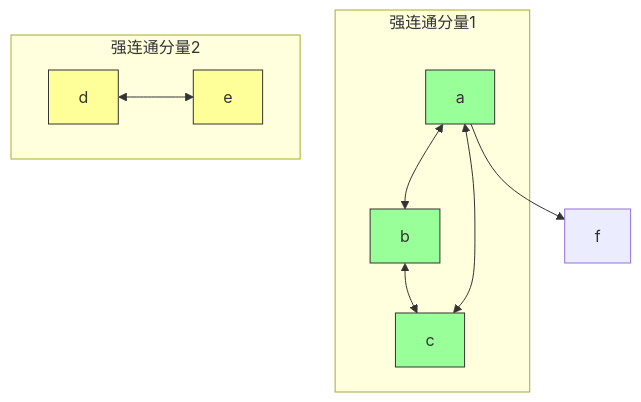
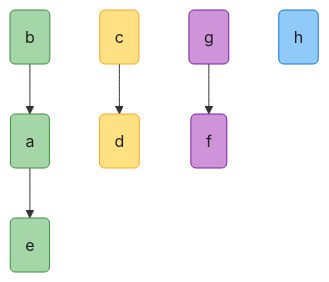
One commit to socoo123/book_reading changed the ninth of 10 diagrams in IntroductionToAlgorithms/Chapter20_基本图算法_深度版.md. Above: the diagram before and after it, drawn with Mermaid. The commit also changed other lines of this file and 30 other files, not shown here.

````diff
--- a/IntroductionToAlgorithms/Chapter20_基本图算法_深度版.md
+++ b/IntroductionToAlgorithms/Chapter20_基本图算法_深度版.md
@@ -1134,20 +454,16 @@
 ```mermaid
 graph TD
-    subgraph "强连通分量1"
-        A["a"] <--> B["b"]
-        B <--> C["c"]
-        C <--> A
-    end
+    r1("b") --> r2("a") --> r3("e")
+    r4("c") --> r5("d")
+    r6("g") --> r7("f")
+    r8("h")
 
-    subgraph "强连通分量2"
-        D["d"] <--> E["e"]
-    end
-
-    A --> F["f"]
-
-    style A fill:#9f9,stroke:#333
-    style B fill:#9f9,stroke:#333
-    style C fill:#9f9,stroke:#333
-    style D fill:#ff9,stroke:#333
-    style E fill:#ff9,stroke:#333
+    classDef comp1 fill:#A5D6A7,stroke:#388E3C,color:#1f1f1f
+    classDef comp2 fill:#FFE082,stroke:#F9A825,color:#1f1f1f
+    classDef comp3 fill:#CE93D8,stroke:#7B1FA2,color:#1f1f1f
+    classDef comp4 fill:#90CAF9,stroke:#1976D2,color:#1f1f1f
+    class r1,r2,r3 comp1
+    class r4,r5 comp2
+    class r6,r7 comp3
+    class r8 comp4
 ```
````
